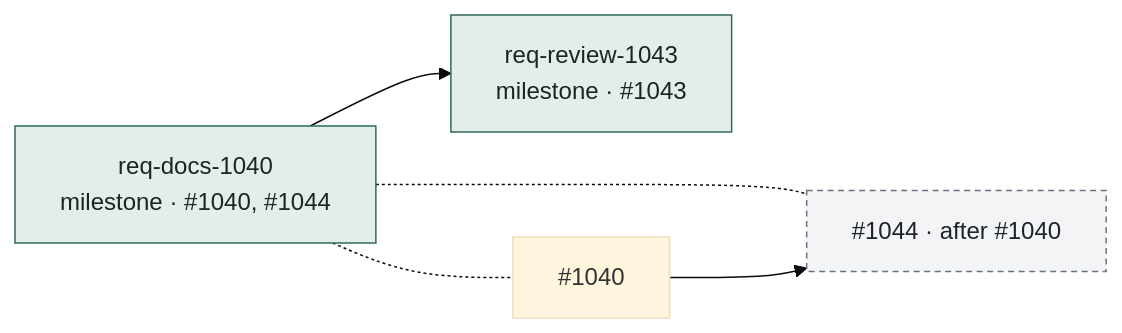
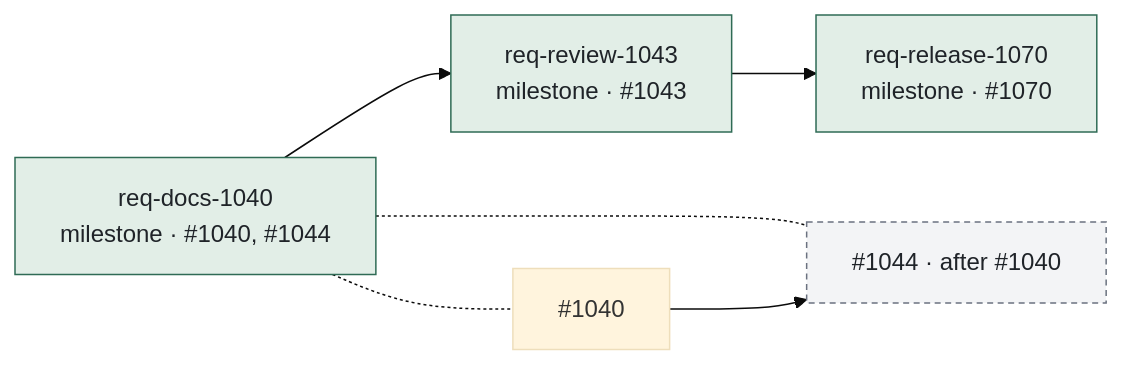
The second of 2 diagrams in README.md (lagowski/dap), drawn with Mermaid (base theme) before and after one commit. The commit also changed other lines of this file, not shown here.

Commit message:
docs(readme): delivery section after run 1576 was promoted (#2541) (#1074)

````diff
--- a/README.md
+++ b/README.md
@@ -371,16 +371,18 @@
 ```mermaid
 flowchart LR
   R1382["req-docs-1040<br/>milestone · #1040, #1044"]
   R1387["req-review-1043<br/>milestone · #1043"]
+  R1576["req-release-1070<br/>milestone · #1070"]
   R1382 --> R1387
+  R1387 --> R1576
   classDef done fill:#E2EEE7,stroke:#2F6B55,color:#1F2328;
   classDef now fill:#F5EAD3,stroke:#8A5A0B,color:#1F2328;
-  class R1382,R1387 done;
+  class R1382,R1387,R1576 done;
   i1040["#1040"]
   R1382 -.- i1040
   i1044["#1044 · after #1040"]
   R1382 -.- i1044
   i1040 --> i1044
   classDef waited fill:#F3F4F6,stroke:#6B7280,color:#1F2328,stroke-dasharray:4 3;
   class i1044 waited;
 ```
````
